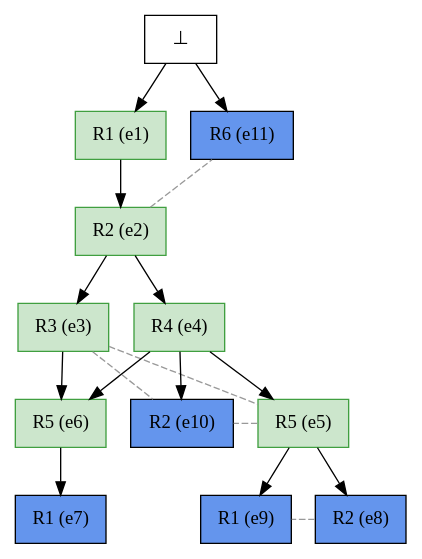
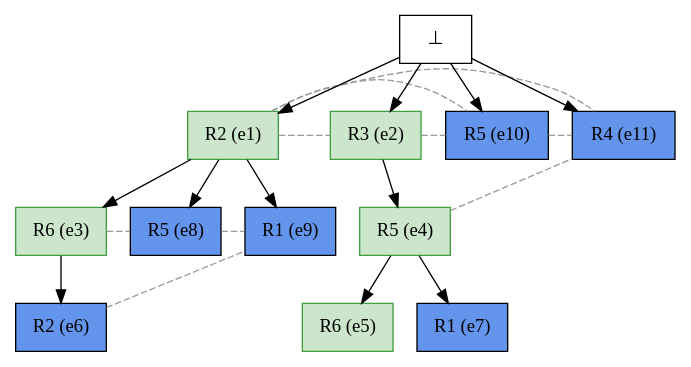
Before and after one commit to giannkas/ecofolder: the diagram in examples/tasmanian_toymodel_paper/tasmanian_toymodel_paper_pr_unf.dot, drawn with Graphviz. The commit also changed 26 other files, not shown here.

```diff
--- a/examples/tasmanian_toymodel_paper/tasmanian_toymodel_paper_pr_unf.dot
+++ b/examples/tasmanian_toymodel_paper/tasmanian_toymodel_paper_pr_unf.dot
@@ -1,34 +1,37 @@
 digraph test {
-  e1 -> e2;
-  e2 -> e3;
+  e1 -> e3;
   e2 -> e4;
   e4 -> e5;
   e3 -> e6;
-  e4 -> e6;
-  e6 -> e7;
-  e5 -> e8;
-  e5 -> e9;
-  e4 -> e10;
+  e4 -> e7;
+  e1 -> e8;
+  e1 -> e9;
   e0 -> e1;
+  e0 -> e2;
+  e0 -> e10;
   e0 -> e11;
 
 //conflicts
-  e2 -> e11 [arrowhead=none color=gray60 style=dashed constraint=false];
-  e3 -> e5 [arrowhead=none color=gray60 style=dashed constraint=false];
-  e3 -> e10 [arrowhead=none color=gray60 style=dashed constraint=false];
-  e5 -> e10 [arrowhead=none color=gray60 style=dashed constraint=false];
+  e1 -> e2 [arrowhead=none color=gray60 style=dashed constraint=false];
+  e1 -> e10 [arrowhead=none color=gray60 style=dashed constraint=false];
+  e1 -> e11 [arrowhead=none color=gray60 style=dashed constraint=false];
+  e2 -> e10 [arrowhead=none color=gray60 style=dashed constraint=false];
+  e3 -> e8 [arrowhead=none color=gray60 style=dashed constraint=false];
+  e4 -> e11 [arrowhead=none color=gray60 style=dashed constraint=false];
+  e6 -> e9 [arrowhead=none color=gray60 style=dashed constraint=false];
   e8 -> e9 [arrowhead=none color=gray60 style=dashed constraint=false];
+  e10 -> e11 [arrowhead=none color=gray60 style=dashed constraint=false];
 
-  e1 [color="#409f40" fillcolor="#cce6cc:#cce6cc" label="R1 (e1)" shape=box style=filled];
-  e2 [color="#409f40" fillcolor="#cce6cc:#cce6cc" label="R2 (e2)" shape=box style=filled];
-  e3 [color="#409f40" fillcolor="#cce6cc:#cce6cc" label="R3 (e3)" shape=box style=filled];
-  e4 [color="#409f40" fillcolor="#cce6cc:#cce6cc" label="R4 (e4)" shape=box style=filled];
-  e5 [color="#409f40" fillcolor="#cce6cc:#cce6cc" label="R5 (e5)" shape=box style=filled];
-  e6 [color="#409f40" fillcolor="#cce6cc:#cce6cc" label="R5 (e6)" shape=box style=filled];
+  e1 [color="#409f40" fillcolor="#cce6cc:#cce6cc" label="R2 (e1)" shape=box style=filled];
+  e2 [color="#409f40" fillcolor="#cce6cc:#cce6cc" label="R3 (e2)" shape=box style=filled];
+  e3 [color="#409f40" fillcolor="#cce6cc:#cce6cc" label="R6 (e3)" shape=box style=filled];
+  e4 [color="#409f40" fillcolor="#cce6cc:#cce6cc" label="R5 (e4)" shape=box style=filled];
+  e5 [color="#409f40" fillcolor="#cce6cc:#cce6cc" label="R6 (e5)" shape=box style=filled];
+  e6 [color="black" fillcolor="cornflowerblue:cornflowerblue" label="R2 (e6)" shape=box style=filled];
   e7 [color="black" fillcolor="cornflowerblue:cornflowerblue" label="R1 (e7)" shape=box style=filled];
-  e8 [color="black" fillcolor="cornflowerblue:cornflowerblue" label="R2 (e8)" shape=box style=filled];
+  e8 [color="black" fillcolor="cornflowerblue:cornflowerblue" label="R5 (e8)" shape=box style=filled];
   e9 [color="black" fillcolor="cornflowerblue:cornflowerblue" label="R1 (e9)" shape=box style=filled];
-  e10 [color="black" fillcolor="cornflowerblue:cornflowerblue" label="R2 (e10)" shape=box style=filled];
-  e11 [color="black" fillcolor="cornflowerblue:cornflowerblue" label="R6 (e11)" shape=box style=filled];
+  e10 [color="black" fillcolor="cornflowerblue:cornflowerblue" label="R5 (e10)" shape=box style=filled];
+  e11 [color="black" fillcolor="cornflowerblue:cornflowerblue" label="R4 (e11)" shape=box style=filled];
   e0 [fillcolor="white" label="⊥" shape=box style=filled];
 }
```
